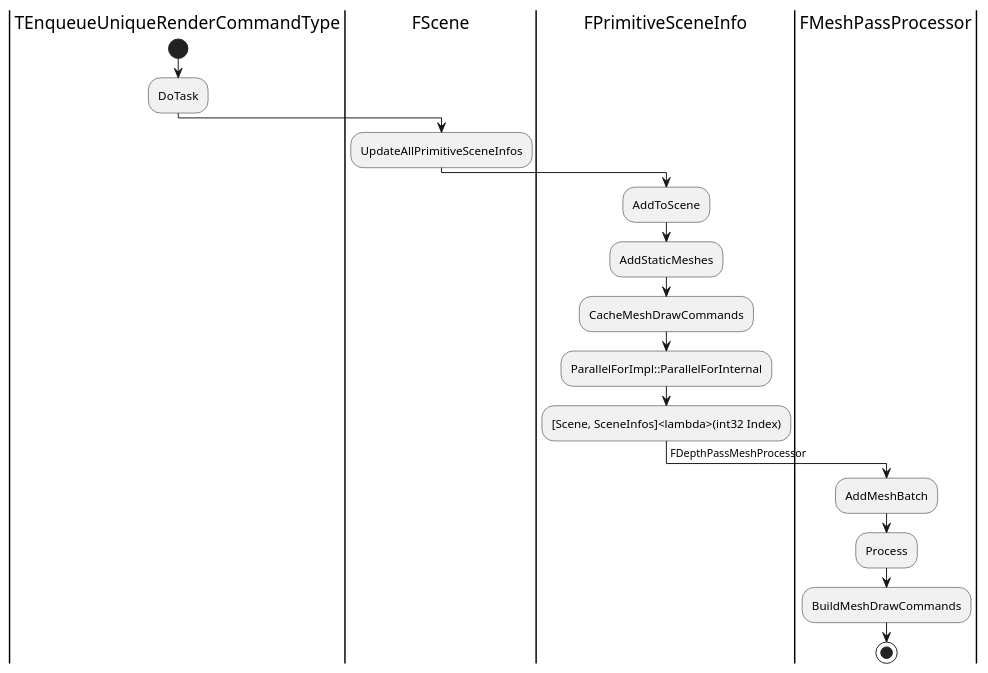
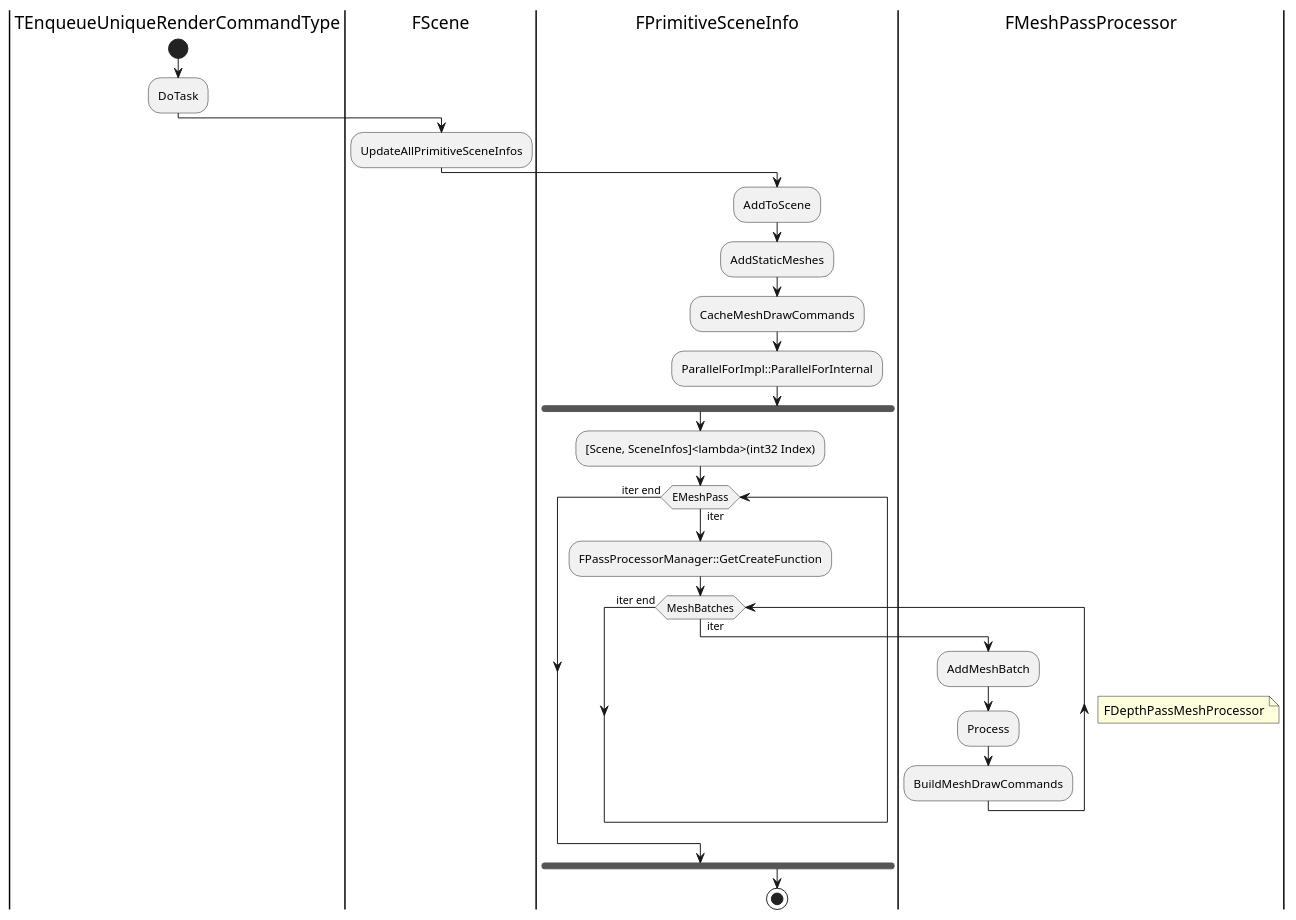
One commit to wsw364321644/Renderer changed the diagram in Doc/UE/ad_rt.pu. Above: the diagram before and after it, drawn with PlantUML. The commit also changed 8 other files, not shown here.

Commit message:
update uml

```diff
--- a/Doc/UE/ad_rt.pu
+++ b/Doc/UE/ad_rt.pu
@@ -1,21 +1,38 @@
 @startuml
 
 
 |TEnqueueUniqueRenderCommandType|
 start
 :DoTask;
 |FScene|
 :UpdateAllPrimitiveSceneInfos;
 |FPrimitiveSceneInfo|
 :AddToScene;
 :AddStaticMeshes;
 :CacheMeshDrawCommands;
 :ParallelForImpl::ParallelForInternal;
+fork
 :[Scene, SceneInfos]<lambda>(int32 Index);
+
+while (EMeshPass) is ( iter )
+:FPassProcessorManager::GetCreateFunction;
+while (MeshBatches) is ( iter )
+
 |FMeshPassProcessor|
--> FDepthPassMeshProcessor;
+note right
+  FDepthPassMeshProcessor
+end note
+
+
+
 :AddMeshBatch;
 :Process;
 :BuildMeshDrawCommands;
+
+
+|FPrimitiveSceneInfo|
+end while(iter end)
+end while(iter end)
+endfork
 stop
 @enduml
```
